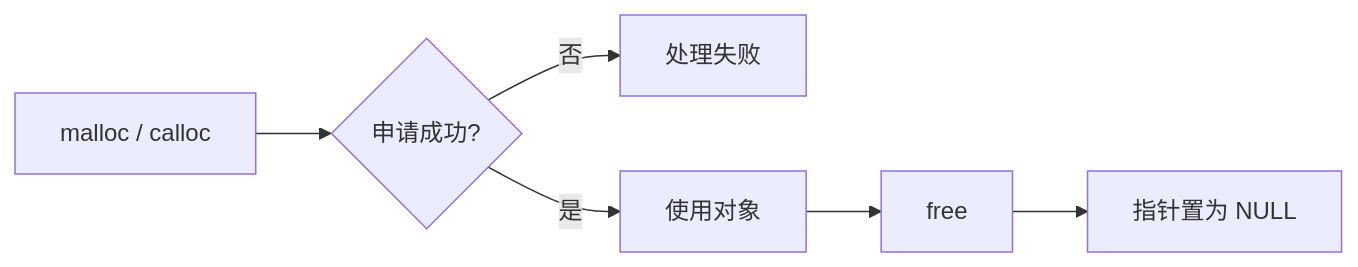
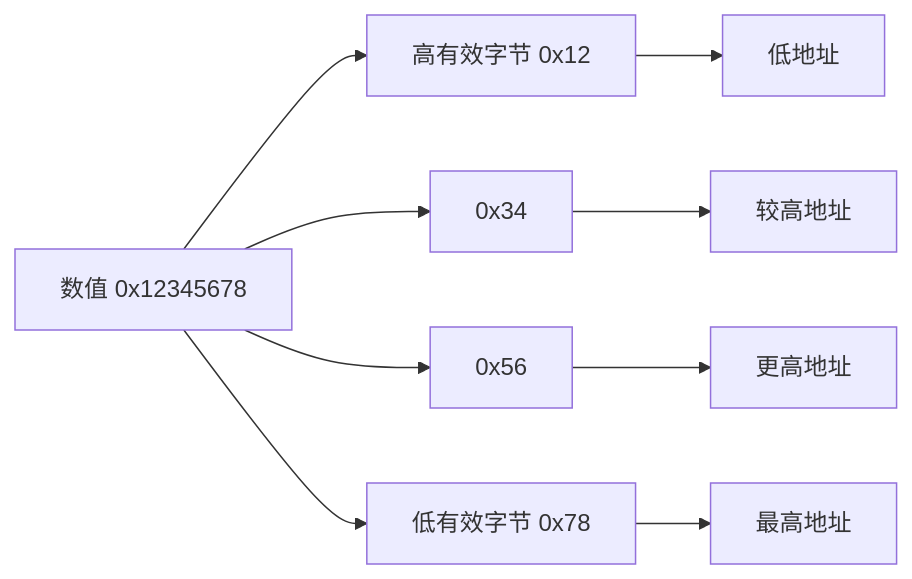
Before and after one commit to shanchuann/TheGitbookLibrary: the fifth of 6 diagrams in C语言圣经/pointers.md, drawn with Mermaid. The commit also changed other lines of this file and 4 other files, not shown here.

````diff
--- a/C语言圣经/pointers.md
+++ b/C语言圣经/pointers.md
@@ -588,8 +134,12 @@
 ```mermaid
 flowchart LR
-    A[malloc / calloc] --> B{申请成功?}
-    B -- 否 --> C[处理失败]
-    B -- 是 --> D[使用对象]
-    D --> E[free]
-    E --> F[指针置为 NULL]
+    A["数值 0x12345678"] --> B["高有效字节 0x12"]
+    A --> C["0x34"]
+    A --> D["0x56"]
+    A --> E["低有效字节 0x78"]
+
+    B --> F["低地址"]
+    C --> G["较高地址"]
+    D --> H["更高地址"]
+    E --> I["最高地址"]
 ```
````
